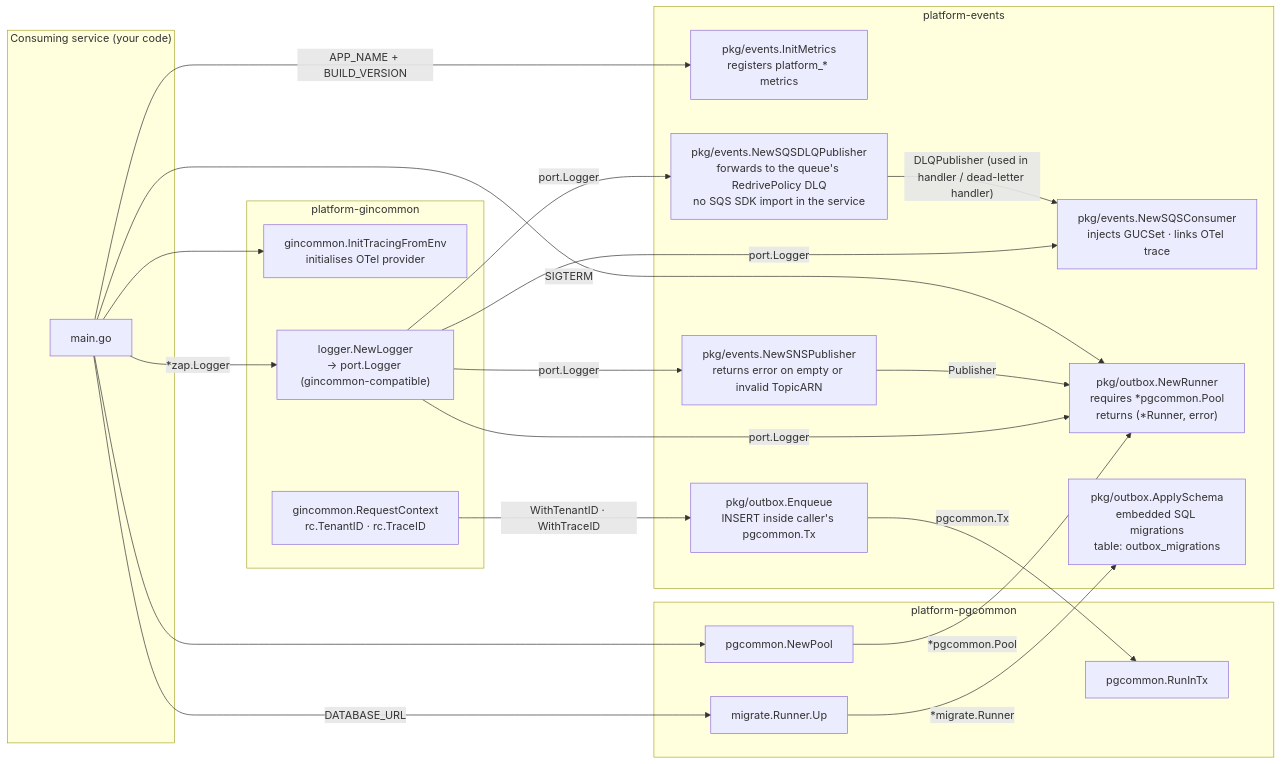
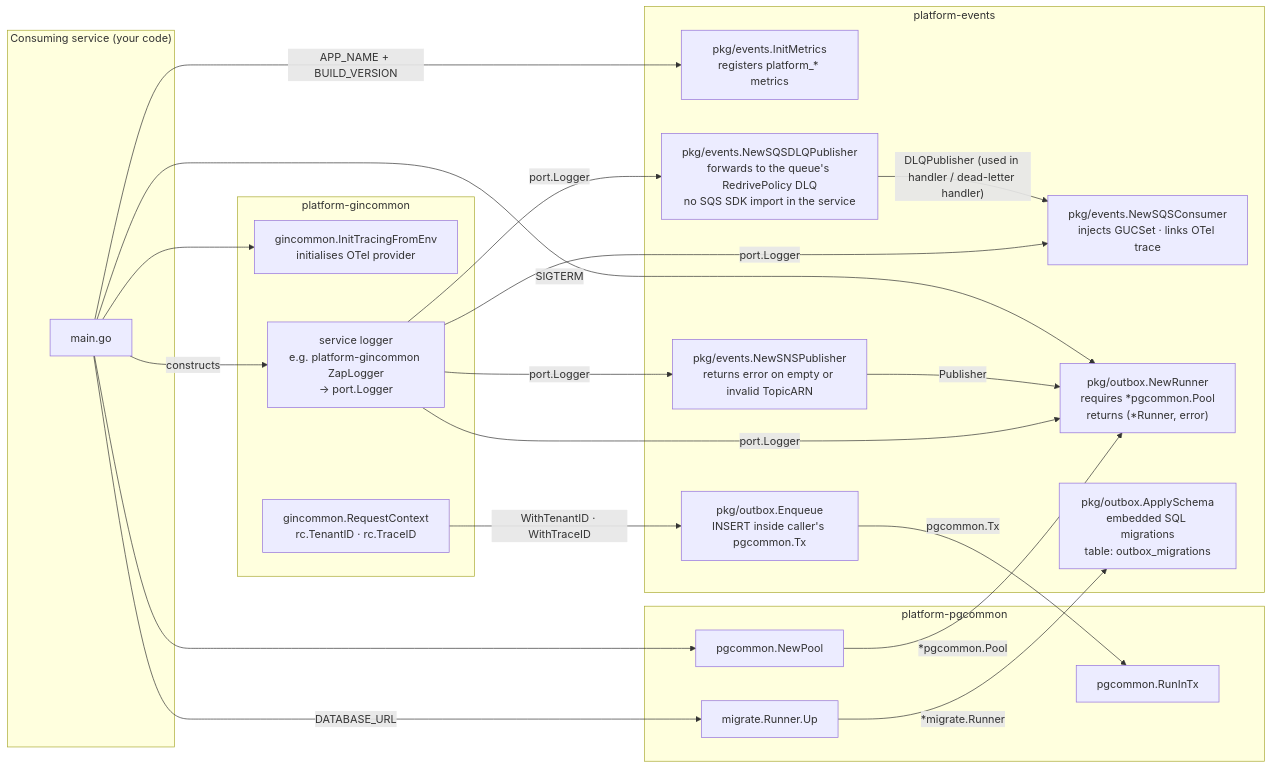
One commit to BCBP-SOLUTIONS-FZC-LLC/platform-events changed the diagram in docs/architecture/mermaid/consuming-service-wiring.mmd. Above: the diagram before and after it, drawn with Mermaid. The commit also changed 12 other files, not shown here.

```diff
--- a/docs/architecture/mermaid/consuming-service-wiring.mmd
+++ b/docs/architecture/mermaid/consuming-service-wiring.mmd
@@ -1,43 +1,43 @@
 graph LR
     subgraph service["Consuming service (your code)"]
         main["main.go"]
     end
 
     subgraph events_lib["platform-events"]
         metrics_init["pkg/events.InitMetrics\nregisters platform_* metrics"]
         sns_new["pkg/events.NewSNSPublisher\nreturns error on empty or invalid TopicARN"]
         sqs_new["pkg/events.NewSQSConsumer\ninjects GUCSet · links OTel trace"]
         dlq_new["pkg/events.NewSQSDLQPublisher\nforwards to the queue's RedrivePolicy DLQ\nno SQS SDK import in the service"]
         outbox_new["pkg/outbox.NewRunner\nrequires *pgcommon.Pool\nreturns (*Runner, error)"]
         apply_schema["pkg/outbox.ApplySchema\nembedded SQL migrations\ntable: outbox_migrations"]
         enqueue["pkg/outbox.Enqueue\nINSERT inside caller's pgcommon.Tx"]
     end
 
     subgraph pgcommon_lib["platform-pgcommon"]
         pool_new["pgcommon.NewPool"]
         run_in_tx["pgcommon.RunInTx"]
         mig_run["migrate.Runner.Up"]
     end
 
     subgraph gincommon_lib["platform-gincommon"]
         otel_init["gincommon.InitTracingFromEnv\ninitialises OTel provider"]
-        zap_logger["logger.NewLogger\n→ port.Logger (gincommon-compatible)"]
+        zap_logger["service logger\ne.g. platform-gincommon ZapLogger\n→ port.Logger"]
         req_ctx["gincommon.RequestContext\nrc.TenantID · rc.TraceID"]
     end
 
     main -->|"APP_NAME + BUILD_VERSION"| metrics_init
     main --> otel_init
-    main -->|"*zap.Logger"| zap_logger
+    main -->|"constructs"| zap_logger
     zap_logger -->|"port.Logger"| sns_new
     zap_logger -->|"port.Logger"| sqs_new
     zap_logger -->|"port.Logger"| outbox_new
     zap_logger -->|"port.Logger"| dlq_new
     dlq_new -->|"DLQPublisher (used in handler / dead-letter handler)"| sqs_new
     main --> pool_new
     pool_new -->|"*pgcommon.Pool"| outbox_new
     main -->|"DATABASE_URL"| mig_run
     mig_run -->|"*migrate.Runner"| apply_schema
     sns_new -->|"Publisher"| outbox_new
     main -->|"SIGTERM"| outbox_new
     req_ctx -->|"WithTenantID · WithTraceID"| enqueue
     enqueue -->|"pgcommon.Tx"| run_in_tx
```
